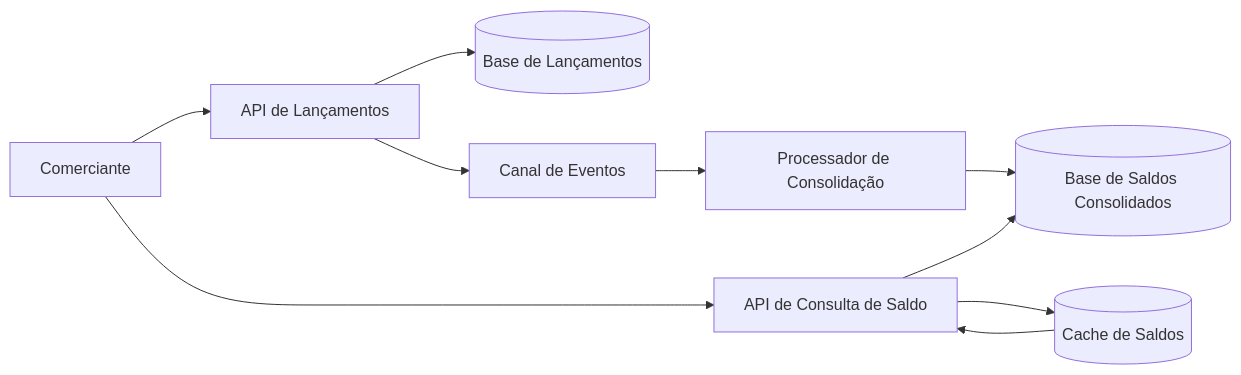
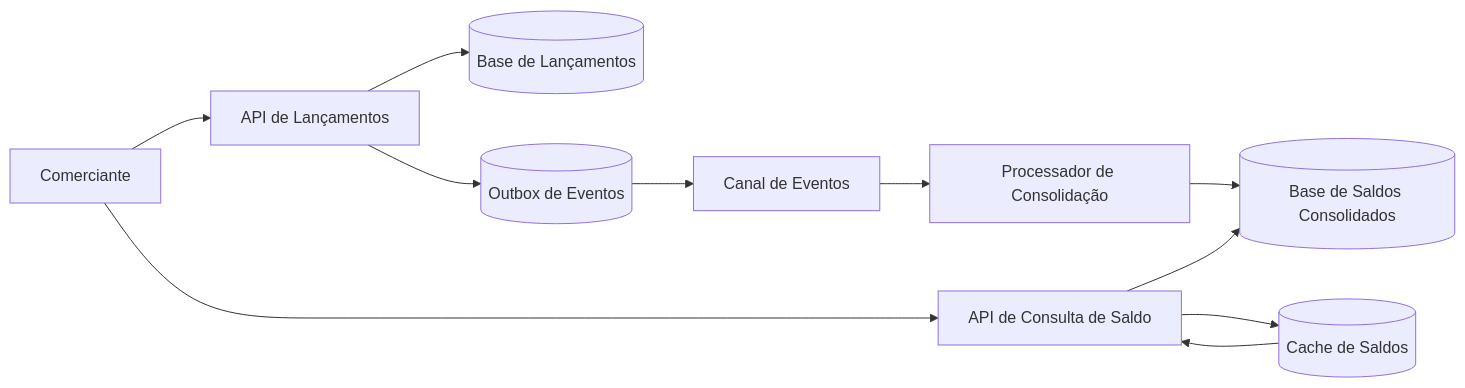
One commit to vanessabrava/cash-flow-architecture changed the diagram in docs/04-arquitetura-logica.md. Above: the diagram before and after it, drawn with Mermaid. The commit also changed other lines of this file and 24 other files, not shown here.

Commit message:
feat: adiciona outbox para publicacao de eventos

````diff
--- a/docs/04-arquitetura-logica.md
+++ b/docs/04-arquitetura-logica.md
@@ -11,15 +11,16 @@
 ```mermaid
 flowchart LR
     User[Comerciante] --> EntryApi[API de Lançamentos]
     User --> BalanceApi[API de Consulta de Saldo]
 
     EntryApi --> EntryStore[(Base de Lançamentos)]
-    EntryApi --> EventChannel[Canal de Eventos]
+    EntryApi --> Outbox[(Outbox de Eventos)]
+    Outbox --> EventChannel[Canal de Eventos]
 
     EventChannel --> ConsolidationWorker[Processador de Consolidação]
     ConsolidationWorker --> BalanceStore[(Base de Saldos Consolidados)]
 
     BalanceApi --> BalanceCache[(Cache de Saldos)]
     BalanceCache --> BalanceApi
     BalanceApi --> BalanceStore
 ```
````
